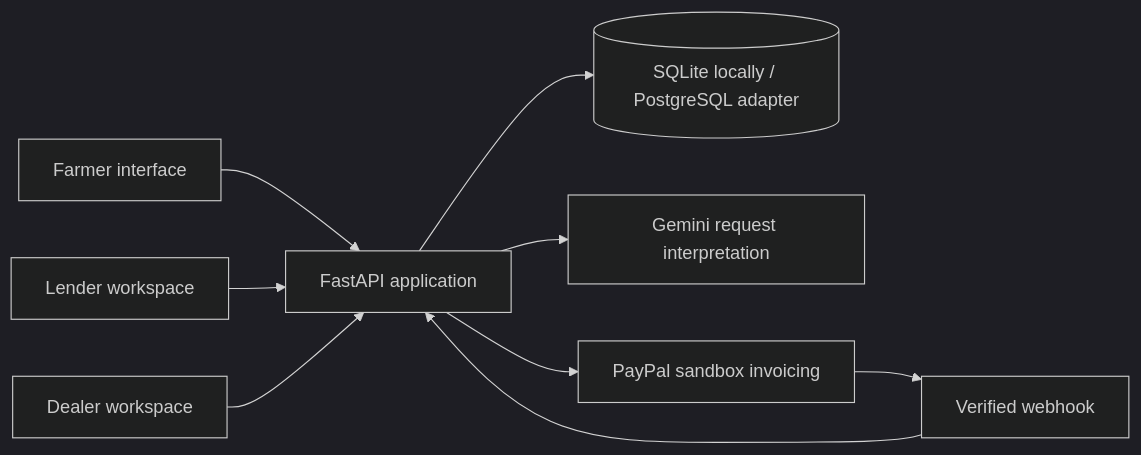
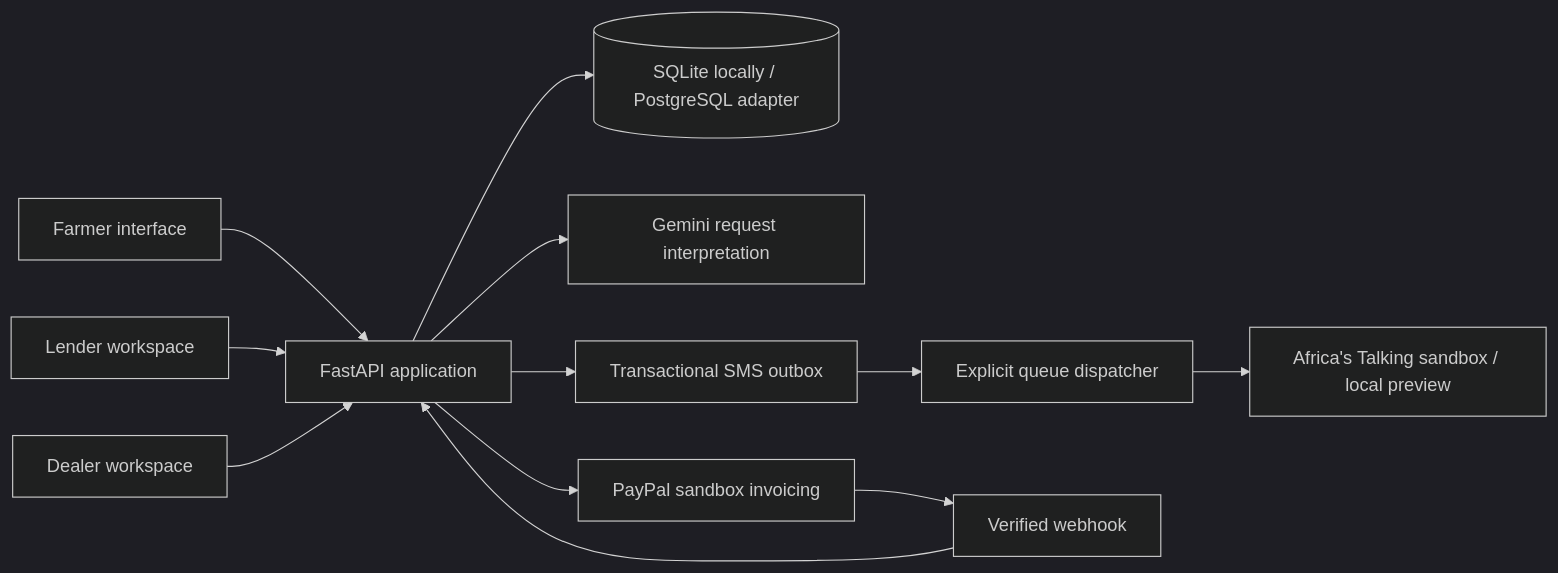
Before and after one commit to Brikita/afracanet-input-finance: the diagram in docs/ARCHITECTURE.md, drawn with Mermaid (dark theme). The commit also changed other lines of this file and 2 other files, not shown here.

Commit message:
Document SMS boundaries and assistant evaluation

````diff
--- a/docs/ARCHITECTURE.md
+++ b/docs/ARCHITECTURE.md
@@ -3,11 +3,14 @@
 ```mermaid
 flowchart LR
   F[Farmer interface] --> API[FastAPI application]
   L[Lender workspace] --> API
   D[Dealer workspace] --> API
   API --> DB[(SQLite locally / PostgreSQL adapter)]
   API --> AI[Gemini request interpretation]
   API --> PP[PayPal sandbox invoicing]
+  API --> OUT[Transactional SMS outbox]
+  OUT --> WORK[Explicit queue dispatcher]
+  WORK --> SMS[Africa's Talking sandbox / local preview]
   PP --> WH[Verified webhook]
   WH --> API
 ```
````
